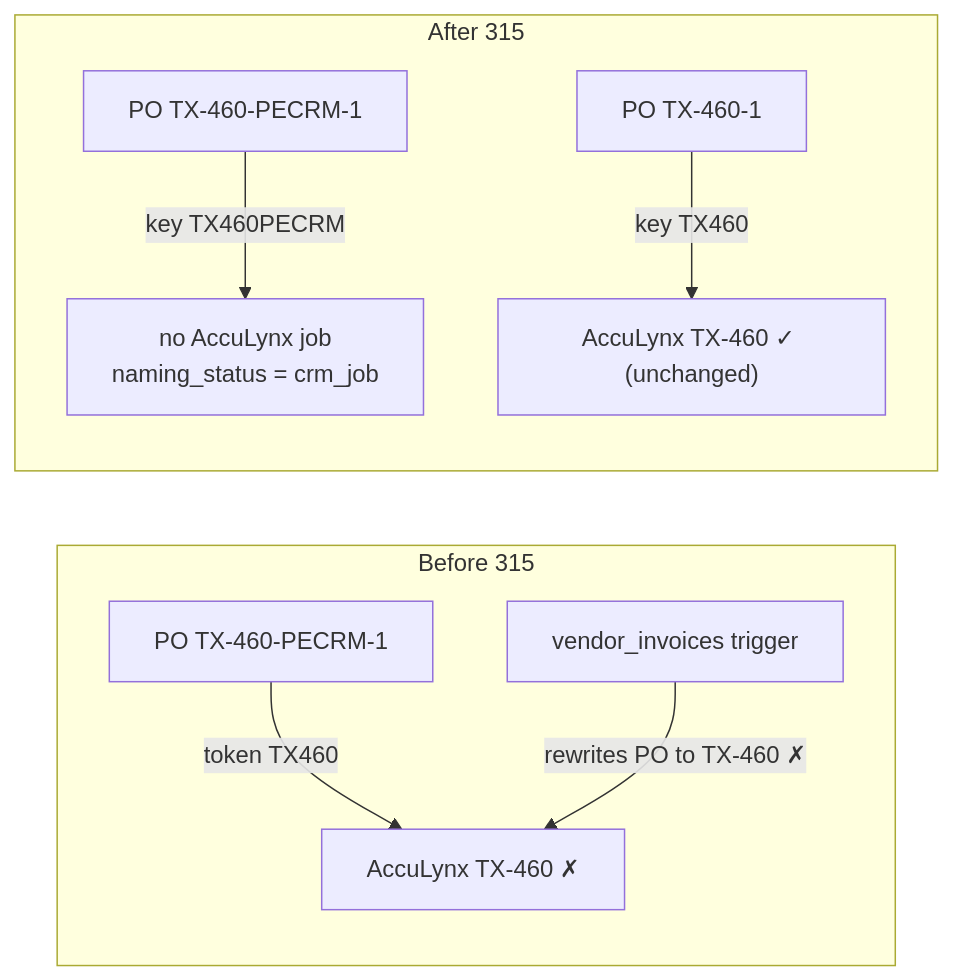
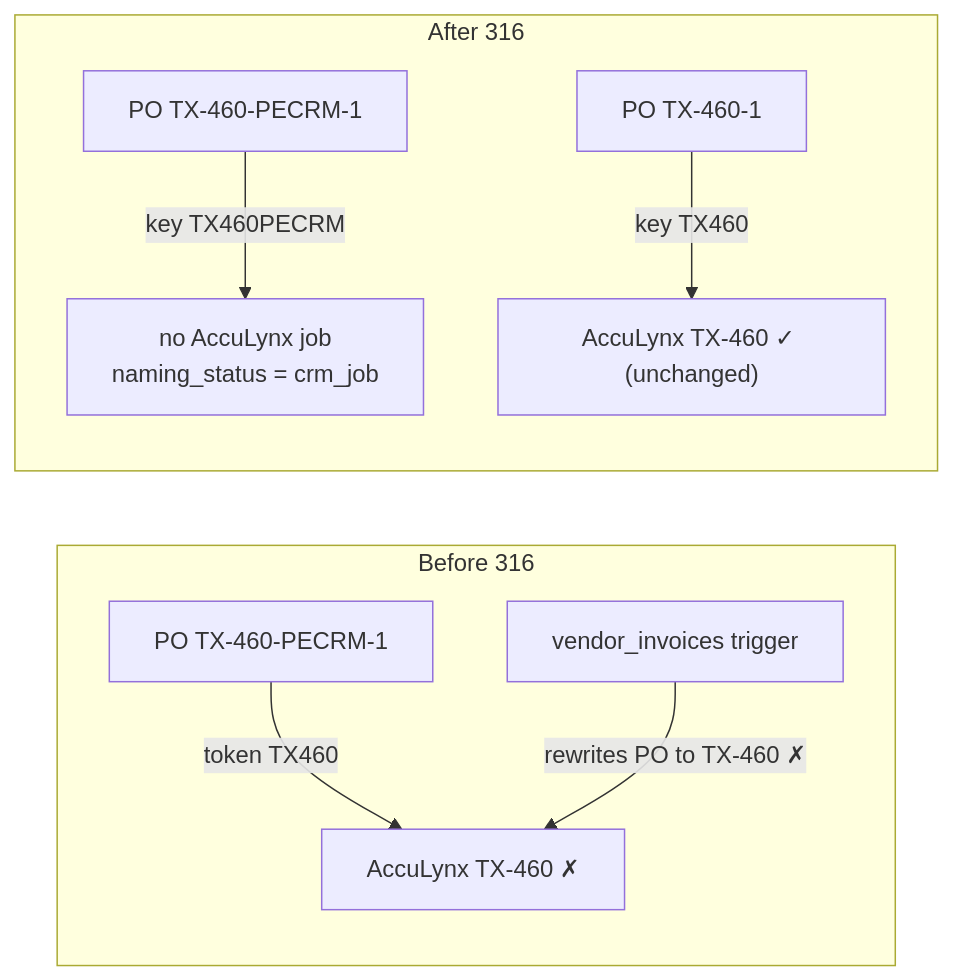
One commit to Clvrwrk/a-roofer-open-brain changed the diagram in docs/118-crm-pecrm-job-numbers-never-join-acculynx.md. Above: the diagram before and after it, drawn with Mermaid. The commit also changed other lines of this file and 11 other files, not shown here.

````diff
--- a/docs/118-crm-pecrm-job-numbers-never-join-acculynx.md
+++ b/docs/118-crm-pecrm-job-numbers-never-join-acculynx.md
@@ -7,11 +7,11 @@
 ```mermaid
 flowchart LR
-  subgraph before["Before 315"]
+  subgraph before["Before 316"]
     A1["PO TX-460-PECRM-1"] -->|"token TX460"| J1["AccuLynx TX-460 ✗"]
     T1["vendor_invoices trigger"] -->|"rewrites PO to TX-460 ✗"| J1
   end
-  subgraph after["After 315"]
+  subgraph after["After 316"]
     A2["PO TX-460-PECRM-1"] -->|"key TX460PECRM"| N["no AccuLynx job<br/>naming_status = crm_job"]
     A3["PO TX-460-1"] -->|"key TX460"| J2["AccuLynx TX-460 ✓ (unchanged)"]
   end
 ```
````
